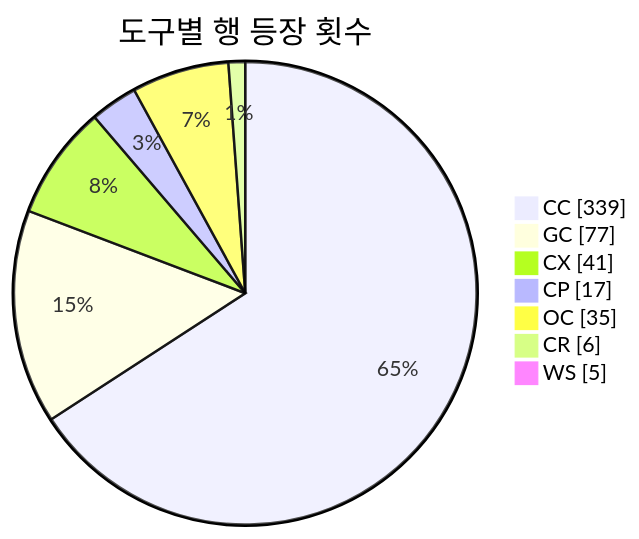
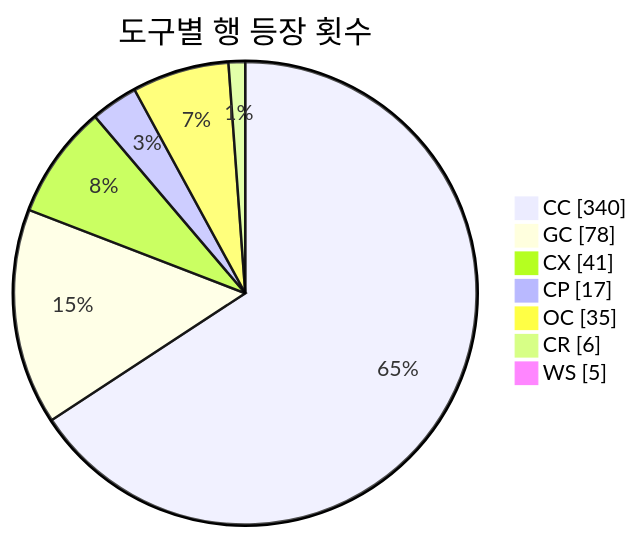
Before and after one commit to J-nowcow/awesome-korean-agent-skills: the second of 3 diagrams in README.md, drawn with Mermaid. The commit also changed other lines of this file and 4 other files, not shown here.

````diff
--- a/README.md
+++ b/README.md
@@ -193,11 +193,11 @@
 ```mermaid
 pie showData
     title 도구별 행 등장 횟수
-    "CC" : 339
-    "GC" : 77
+    "CC" : 340
+    "GC" : 78
     "CX" : 41
     "CP" : 17
     "OC" : 35
     "CR" : 6
     "WS" : 5
 ```
````
